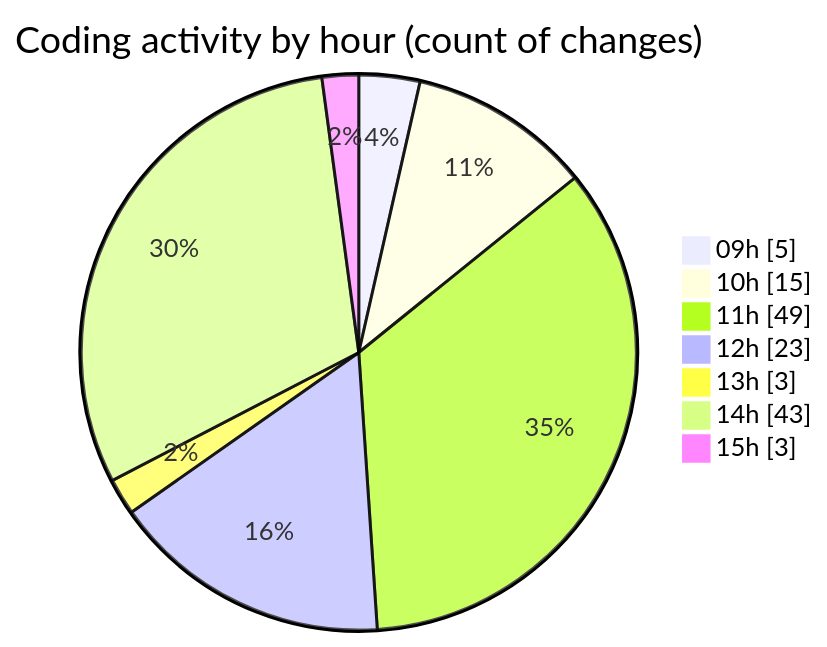
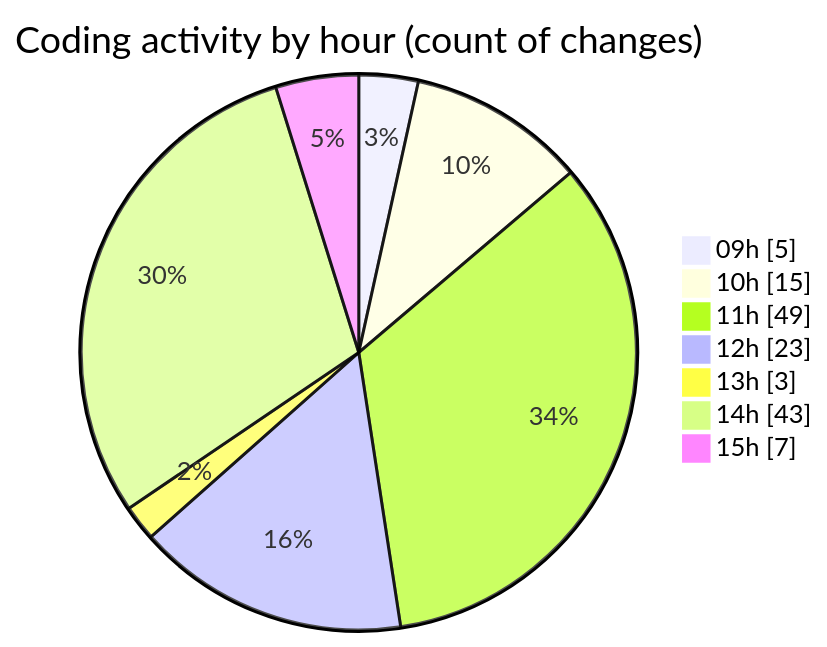
The second of 2 diagrams in 2025-06-13/ecodeli-1/README.md (CELIANVF/code-tracking), drawn with Mermaid before and after one commit. The commit also changed other lines of this file and 1 other file, not shown here.

````diff
--- a/2025-06-13/ecodeli-1/README.md
+++ b/2025-06-13/ecodeli-1/README.md
@@ -59,11 +60,11 @@
 ```mermaid
 pie showData
 title Coding activity by hour (count of changes)
 "09h" : 5
 "10h" : 15
 "11h" : 49
 "12h" : 23
 "13h" : 3
 "14h" : 43
-"15h" : 3
+"15h" : 7
 ```
````
